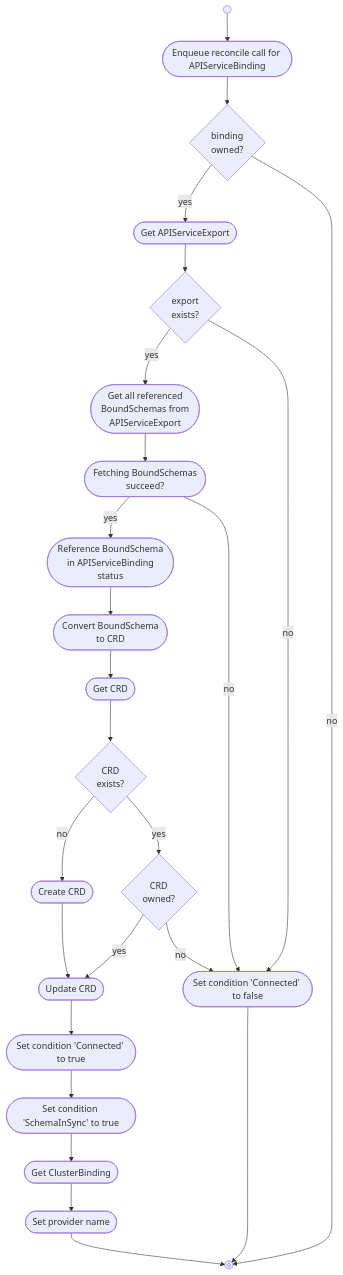
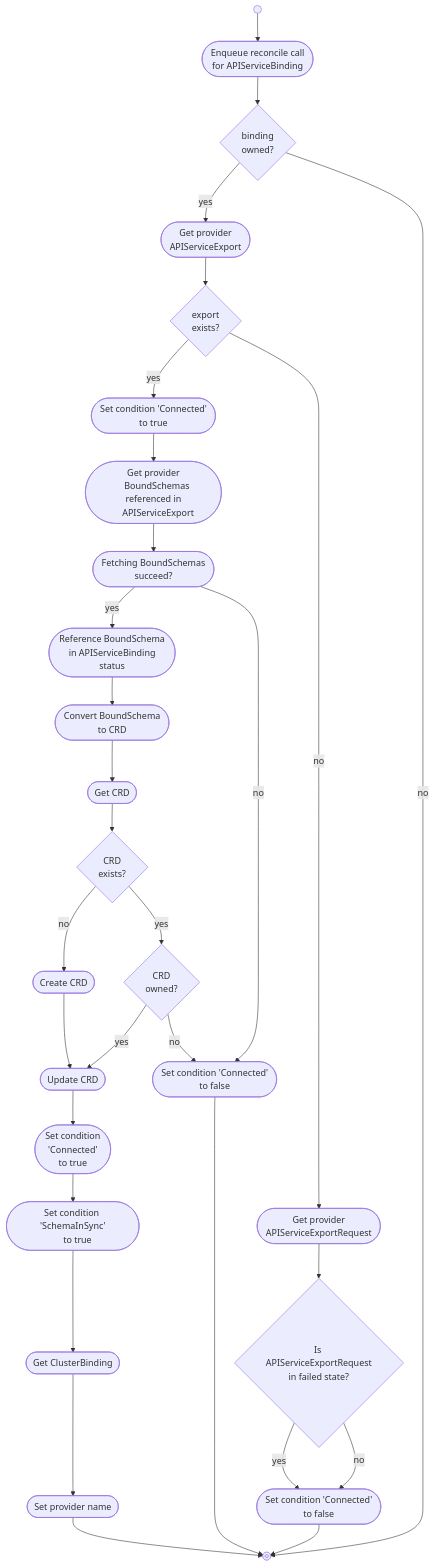
Before and after one commit to kube-bind/kube-bind: the diagram in docs/content/developers/konnector/controllers/cluster/apiservicebinding.md, drawn with Mermaid.

Commit message:
add provider apiserviceexportrequest call

```diff
--- a/docs/content/developers/konnector/controllers/cluster/apiservicebinding.md
+++ b/docs/content/developers/konnector/controllers/cluster/apiservicebinding.md
@@ -14,18 +14,34 @@
     start@{ shape: start }
     stop@{ shape: stop }
 
-    enqueue_reconcile(["Enqueue reconcile call for APIServiceBinding"])
+    enqueue_reconcile(["Enqueue reconcile call
+    for APIServiceBinding"])
 
     is_apiservicebinding_owned{"binding<br>owned?"}
-    set_apiservicebinding_condition_connected_to_true(["Set condition 'Connected' to true"])
-    set_apiservicebinding_condition_connected_to_false(["Set condition 'Connected' to false"])
-    set_apiservicebinding_condition_schemainsync_to_true(["Set condition 'SchemaInSync' to true"])
+    set_apiservicebinding_condition_connected_to_true(["Set condition
+    'Connected'
+    to true"])
+    set_apiservicebinding_condition_connected_to_true2(["Set condition 'Connected'
+    to true"])
 
-    get_apiserviceexport(["Get APIServiceExport"])
+    set_apiservicebinding_condition_connected_to_false(["Set condition 'Connected'
+    to false"])
+    set_apiservicebinding_condition_connected_to_false2(["Set condition 'Connected'
+    to false"])
+
+    set_apiservicebinding_condition_schemainsync_to_true(["Set condition 'SchemaInSync'
+    to true"])
+
+    get_apiserviceexport(["Get provider
+    APIServiceExport"])
     is_apiserviceexport_present{"export<br>exists?"}
 
-    get_bound_schemas(["Get all referenced
-    BoundSchemas from
+    get_apiserviceexportrequest(["Get provider
+     APIServiceExportRequest"])
+    is_apiserviceexportrequest_in_failed_state{"Is APIServiceExportRequest<br>in failed state?"}
+
+    get_bound_schemas(["Get provider
+    BoundSchemas referenced in
     APIServiceExport"])
     bound_schema_fetch_successful(["Fetching BoundSchemas
     succeed?"])
@@ -51,8 +67,14 @@
 
     is_apiservicebinding_owned --> |yes| get_apiserviceexport
     get_apiserviceexport --> is_apiserviceexport_present
-    is_apiserviceexport_present --> |yes| get_bound_schemas
-    is_apiserviceexport_present --> |no| set_apiservicebinding_condition_connected_to_false
+    is_apiserviceexport_present --> |yes| set_apiservicebinding_condition_connected_to_true2
+    is_apiserviceexport_present --> |no| get_apiserviceexportrequest
+    get_apiserviceexportrequest --> is_apiserviceexportrequest_in_failed_state
+    is_apiserviceexportrequest_in_failed_state --> |yes| set_apiservicebinding_condition_connected_to_false2
+    is_apiserviceexportrequest_in_failed_state --> |no| set_apiservicebinding_condition_connected_to_false2
+
+    set_apiservicebinding_condition_connected_to_false2 --> stop
+    set_apiservicebinding_condition_connected_to_true2 --> get_bound_schemas
     get_bound_schemas --> bound_schema_fetch_successful
     bound_schema_fetch_successful --> |yes| reference_bound_schema
     bound_schema_fetch_successful --> |no| set_apiservicebinding_condition_connected_to_false
```
